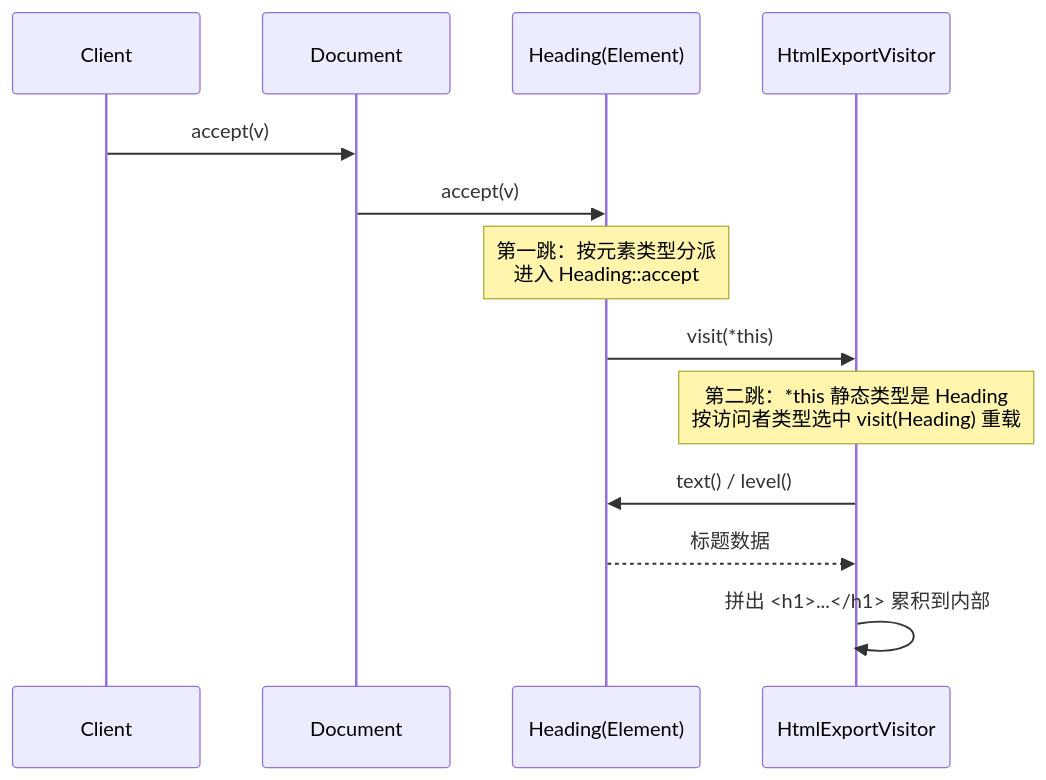
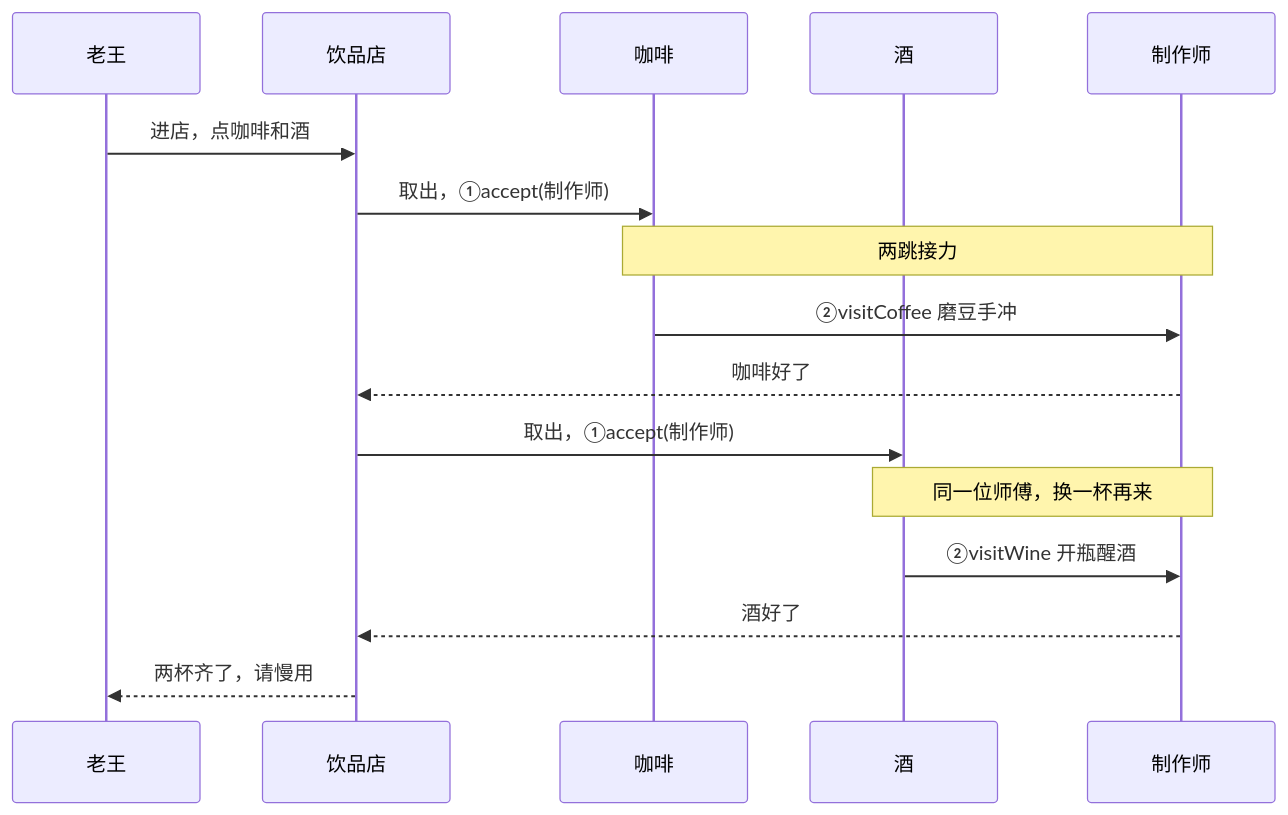
The second of 2 diagrams in notes/design-mode/visitor-pattern.md (os-artificer/ebooks), drawn with Mermaid before and after one commit. The commit also changed other lines of this file and 4 other files, not shown here.

````diff
--- a/notes/design-mode/visitor-pattern.md
+++ b/notes/design-mode/visitor-pattern.md
@@ -199,15 +177,23 @@
 ```mermaid
 sequenceDiagram
-    participant C as Client
-    participant D as Document
-    participant E as Heading(Element)
-    participant V as HtmlExportVisitor
-    C->>D: accept(v)
-    D->>E: accept(v)
-    Note over E: 第一跳：按元素类型分派<br/>进入 Heading::accept
-    E->>V: visit(*this)
-    Note over V: 第二跳：*this 静态类型是 Heading<br/>按访问者类型选中 visit(Heading) 重载
-    V->>E: text() / level()
-    E-->>V: 标题数据
-    V->>V: 拼出 <h1>...</h1> 累积到内部
+    participant Wang as 老王
+    participant Shop as 饮品店
+    participant Coffee as 咖啡
+    participant Wine as 酒
+    participant Maker as 制作师
+
+    Wang->>Shop: 进店，点咖啡和酒
+    Shop->>Coffee: 取出，①accept(制作师)
+
+    Note over Coffee,Maker: 两跳接力
+    Coffee->>Maker: ②visitCoffee 磨豆手冲
+    Maker-->>Shop: 咖啡好了
+
+    Shop->>Wine: 取出，①accept(制作师)
+
+    Note over Wine,Maker: 同一位师傅，换一杯再来
+    Wine->>Maker: ②visitWine 开瓶醒酒
+    Maker-->>Shop: 酒好了
+
+    Shop-->>Wang: 两杯齐了，请慢用
 ```
````
